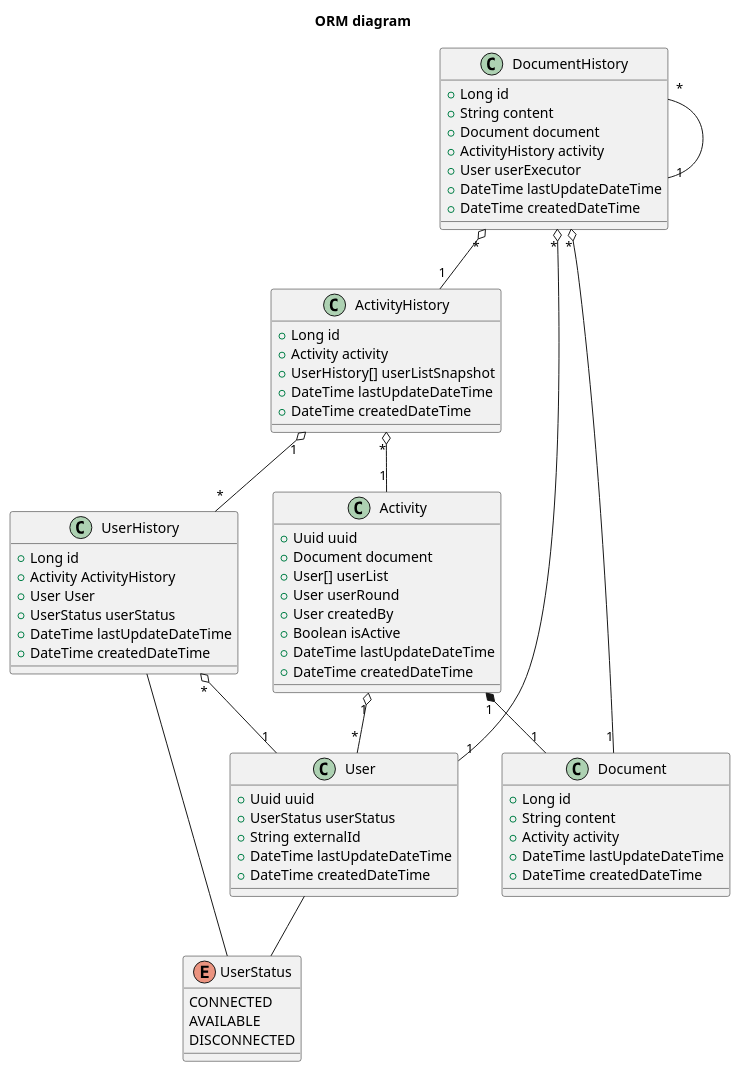
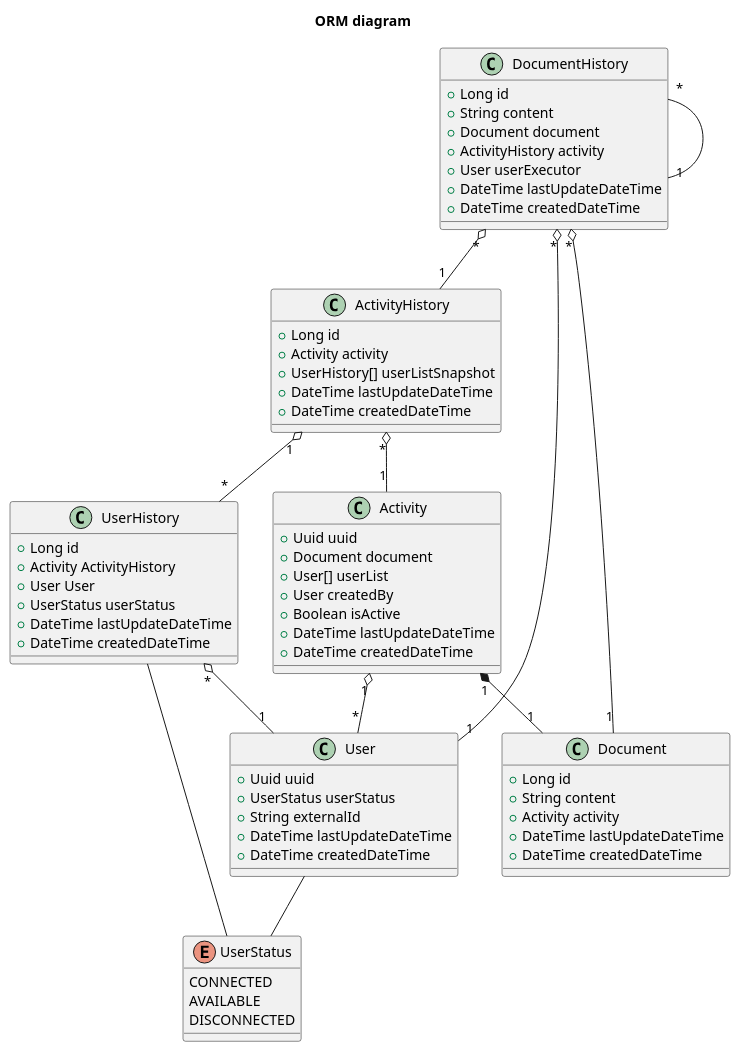
One commit to orion-services/Activity changed the diagram in docs/diagrams/class/ORM.wsd. Above: the diagram before and after it, drawn with PlantUML. The commit also changed 57 other files, not shown here.

```diff
--- a/docs/diagrams/class/ORM.wsd
+++ b/docs/diagrams/class/ORM.wsd
@@ -1,83 +1,82 @@
 @startuml ORM
   title "ORM diagram"
   ' ------ CLASS DECLARATION ------
   class Activity {
     +Uuid uuid
     +Document document
     +User[] userList
-    +User userRound
     +User createdBy
     +Boolean isActive
     +DateTime lastUpdateDateTime
     +DateTime createdDateTime
   }
 
   class Document {
     +Long id
     +String content
     +Activity activity
     +DateTime lastUpdateDateTime
     +DateTime createdDateTime
   }
 
   class DocumentHistory {
     +Long id
     +String content
     +Document document
     +ActivityHistory activity
     +User userExecutor
     +DateTime lastUpdateDateTime
     +DateTime createdDateTime
   }
 
   class ActivityHistory {
     +Long id
     +Activity activity
     +UserHistory[] userListSnapshot
     +DateTime lastUpdateDateTime
     +DateTime createdDateTime
   }
 
   class UserHistory {
     +Long id
     +Activity ActivityHistory
     +User User
     +UserStatus userStatus
     +DateTime lastUpdateDateTime
     +DateTime createdDateTime
   }
 
   class User {
     +Uuid uuid
     +UserStatus userStatus
     +String externalId
     +DateTime lastUpdateDateTime
     +DateTime createdDateTime
   }
 
   enum UserStatus {
     CONNECTED
     AVAILABLE
     DISCONNECTED
   }
   ' ------ END CLASS DECLARATION ------
   ' -----------------------------------
   ' ------ RELATION DECLARATIONS ------
   User -- UserStatus
 
   Activity "1" o-- "*"User
   Activity "1" *-- "1" Document
 
   ActivityHistory "*" o-- "1" Activity
   ActivityHistory "1" o-- "*" UserHistory
 
   DocumentHistory "*" o-- "1" Document
   DocumentHistory "*" o-- "1" User
   DocumentHistory "*" o-- "1" ActivityHistory
   DocumentHistory "*" O-- "1" DocumentHistory
 
   UserHistory "*" o-- "1" User
   UserHistory -- UserStatus
 
   ' ------ END RELATION DECLARATIONS ------
 @enduml
```
